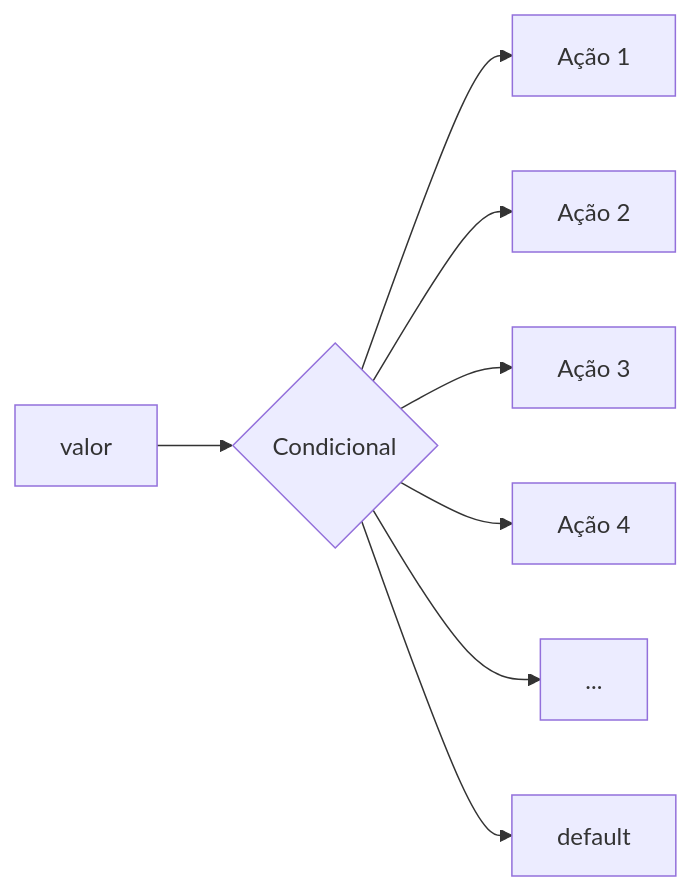
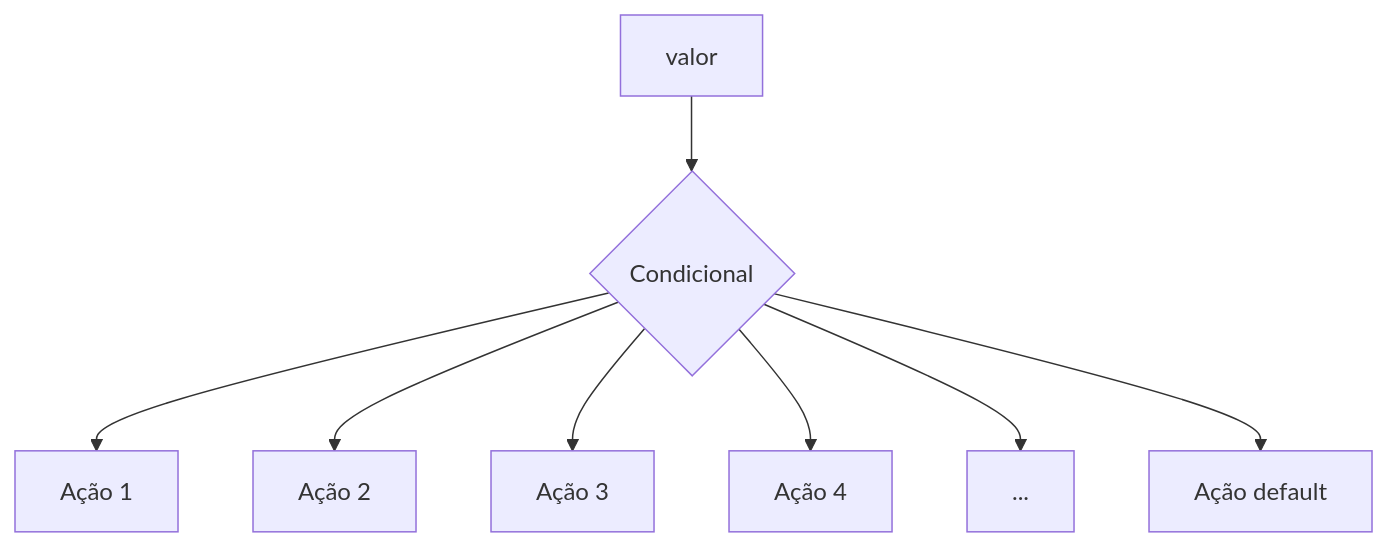
Before and after one commit to CaioCaminoto/BackEnd: the fifth of 18 diagrams in README.md, drawn with Mermaid. The commit also changed other lines of this file and 26 other files, not shown here.

````diff
--- a/README.md
+++ b/README.md
@@ -317,12 +322,12 @@
 ```mermaid
 
-graph LR
+graph TD
     A[valor] --> B{Condicional}
     B --> C[Ação 1]
     B --> D[Ação 2]
     B --> E[Ação 3]
     B --> F[Ação 4]
     B --> G[...]
-    B --> H[default]
-
+    B --> H[Ação default]
+    
 ```
````
